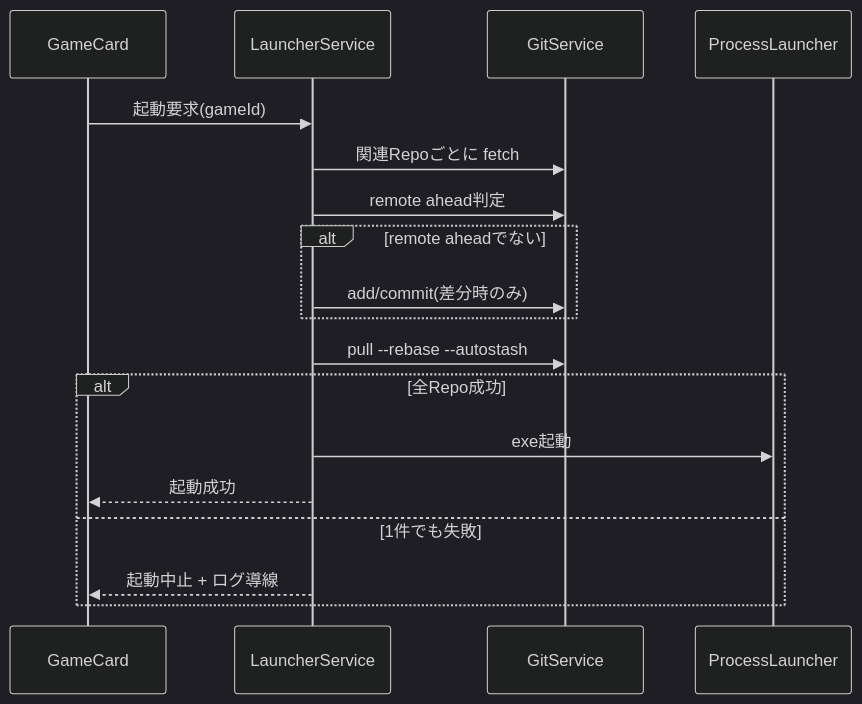
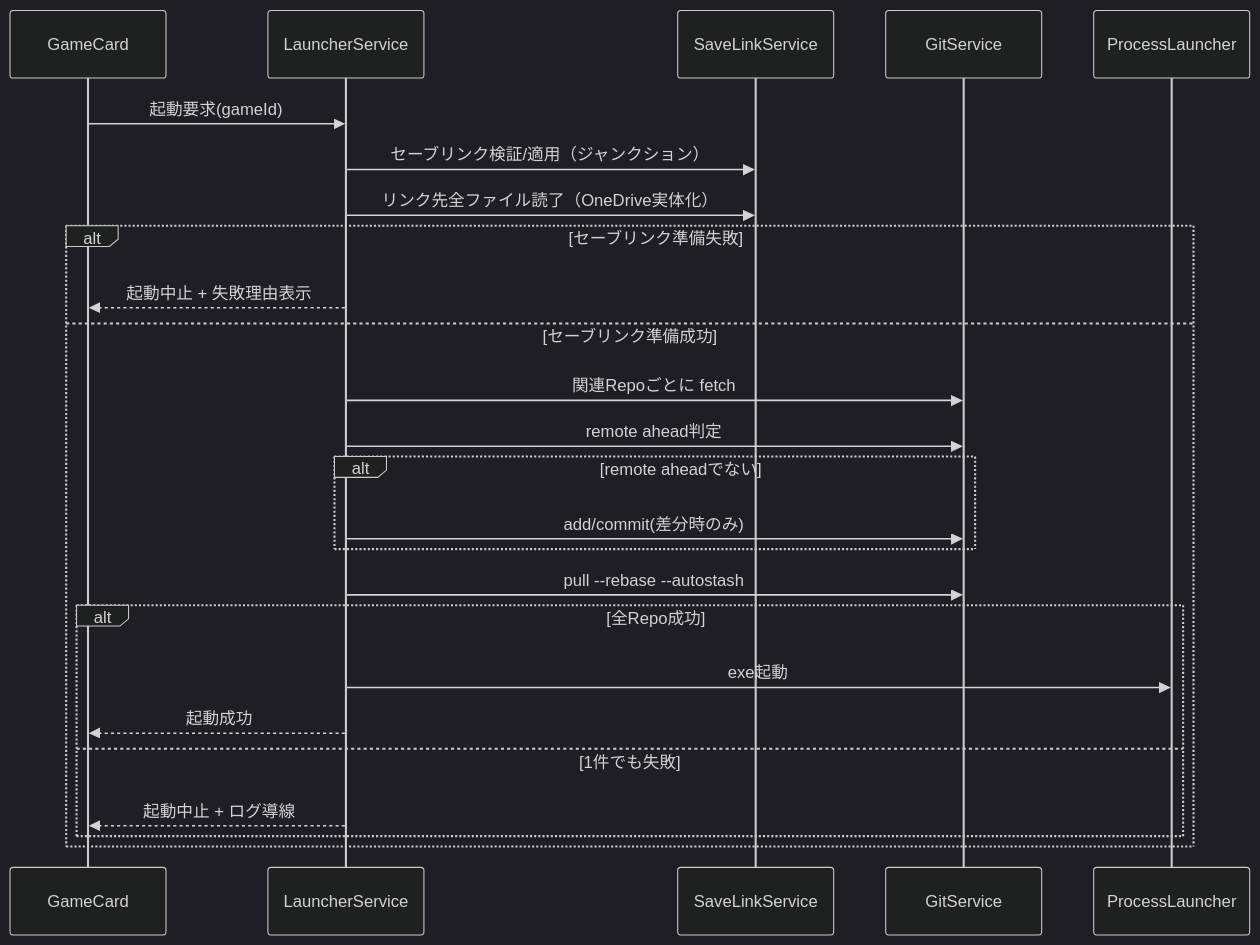
The third of 3 diagrams in docs/design/maui-blazor-architecture.md (natumekazuki/GameLauncherWithGit), drawn with Mermaid (dark theme) before and after one commit. The commit also changed other lines of this file and 20 other files, not shown here.

Commit message:
feat(save-links): add junction-based save link management

````diff
--- a/docs/design/maui-blazor-architecture.md
+++ b/docs/design/maui-blazor-architecture.md
@@ -132,21 +141,28 @@
 ```mermaid
 sequenceDiagram
     participant UI as GameCard
     participant L as LauncherService
+    participant S as SaveLinkService
     participant G as GitService
     participant P as ProcessLauncher
 
     UI->>L: 起動要求(gameId)
+    L->>S: セーブリンク検証/適用（ジャンクション）
+    L->>S: リンク先全ファイル読了（OneDrive実体化）
+    alt セーブリンク準備失敗
+        L-->>UI: 起動中止 + 失敗理由表示
+    else セーブリンク準備成功
     L->>G: 関連Repoごとに fetch
     L->>G: remote ahead判定
     alt remote aheadでない
         L->>G: add/commit(差分時のみ)
     end
     L->>G: pull --rebase --autostash
     alt 全Repo成功
         L->>P: exe起動
         L-->>UI: 起動成功
     else 1件でも失敗
         L-->>UI: 起動中止 + ログ導線
     end
+    end
 ```
````
